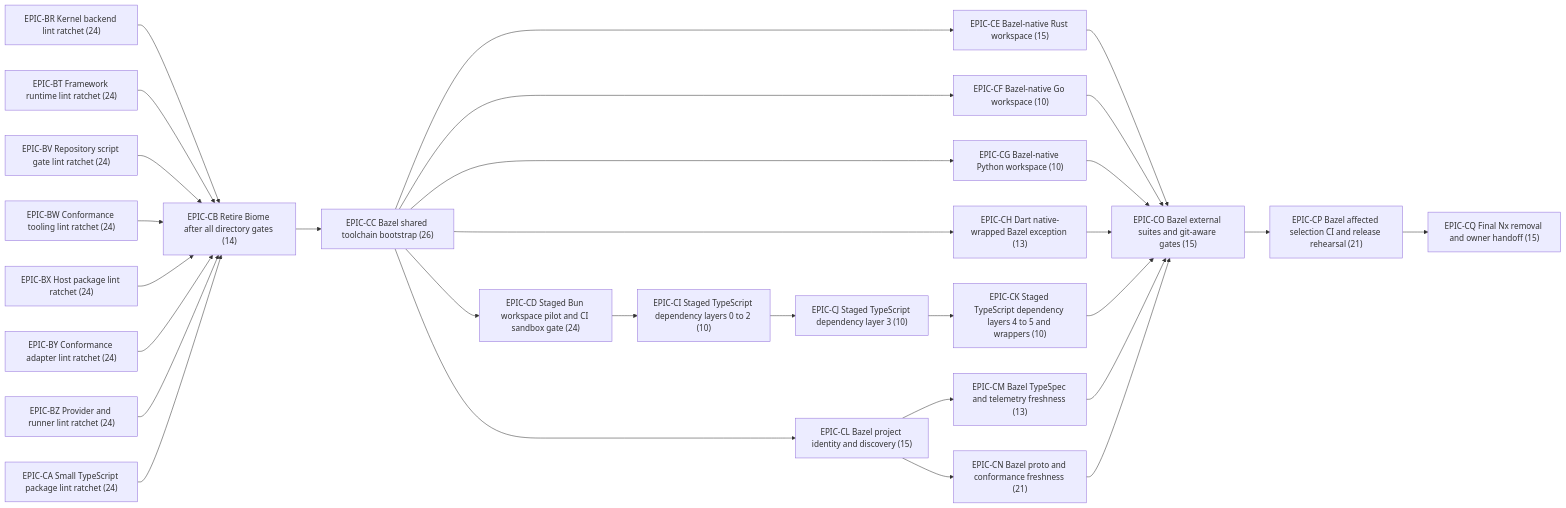
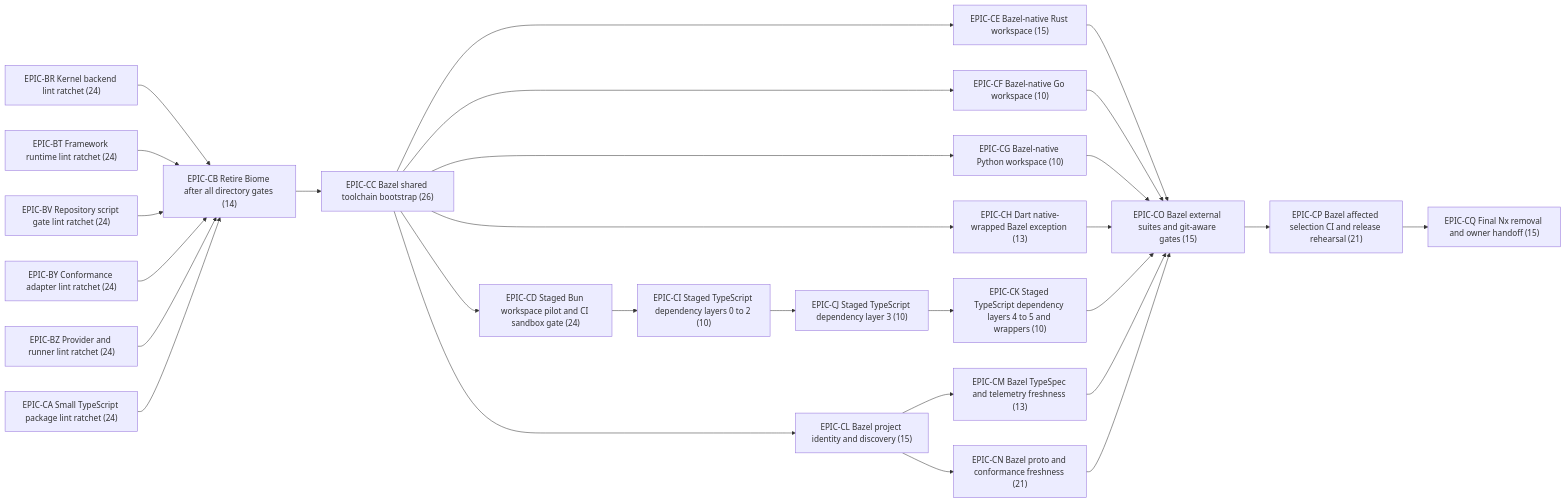
One commit to Tuvren/framework changed the diagram in .constitution/tasks/critical-path.md. Above: the diagram before and after it, drawn with Mermaid. The commit also changed other lines of this file and 6 other files, not shown here.

````diff
--- a/.constitution/tasks/critical-path.md
+++ b/.constitution/tasks/critical-path.md
@@ -48,56 +46,52 @@
 ```mermaid
 flowchart LR
   BR["EPIC-BR Kernel backend lint ratchet (24)"]
   BT["EPIC-BT Framework runtime lint ratchet (24)"]
   BV["EPIC-BV Repository script gate lint ratchet (24)"]
-  BW["EPIC-BW Conformance tooling lint ratchet (24)"]
-  BX["EPIC-BX Host package lint ratchet (24)"]
   BY["EPIC-BY Conformance adapter lint ratchet (24)"]
   BZ["EPIC-BZ Provider and runner lint ratchet (24)"]
   CA["EPIC-CA Small TypeScript package lint ratchet (24)"]
   CB["EPIC-CB Retire Biome after all directory gates (14)"]
   CC["EPIC-CC Bazel shared toolchain bootstrap (26)"]
   CD["EPIC-CD Staged Bun workspace pilot and CI sandbox gate (24)"]
   CE["EPIC-CE Bazel-native Rust workspace (15)"]
   CF["EPIC-CF Bazel-native Go workspace (10)"]
   CG["EPIC-CG Bazel-native Python workspace (10)"]
   CH["EPIC-CH Dart native-wrapped Bazel exception (13)"]
   CI["EPIC-CI Staged TypeScript dependency layers 0 to 2 (10)"]
   CJ["EPIC-CJ Staged TypeScript dependency layer 3 (10)"]
   CK["EPIC-CK Staged TypeScript dependency layers 4 to 5 and wrappers (10)"]
   CL["EPIC-CL Bazel project identity and discovery (15)"]
   CM["EPIC-CM Bazel TypeSpec and telemetry freshness (13)"]
   CN["EPIC-CN Bazel proto and conformance freshness (21)"]
   CO["EPIC-CO Bazel external suites and git-aware gates (15)"]
   CP["EPIC-CP Bazel affected selection CI and release rehearsal (21)"]
   CQ["EPIC-CQ Final Nx removal and owner handoff (15)"]
   BR --> CB
   BT --> CB
   BV --> CB
-  BW --> CB
-  BX --> CB
   BY --> CB
   BZ --> CB
   CA --> CB
   CB --> CC
   CC --> CD
   CC --> CE
   CC --> CF
   CC --> CG
   CC --> CH
   CD --> CI
   CI --> CJ
   CJ --> CK
   CC --> CL
   CL --> CM
   CL --> CN
   CE --> CO
   CF --> CO
   CG --> CO
   CH --> CO
   CK --> CO
   CM --> CO
   CN --> CO
   CO --> CP
   CP --> CQ
 ```
````
